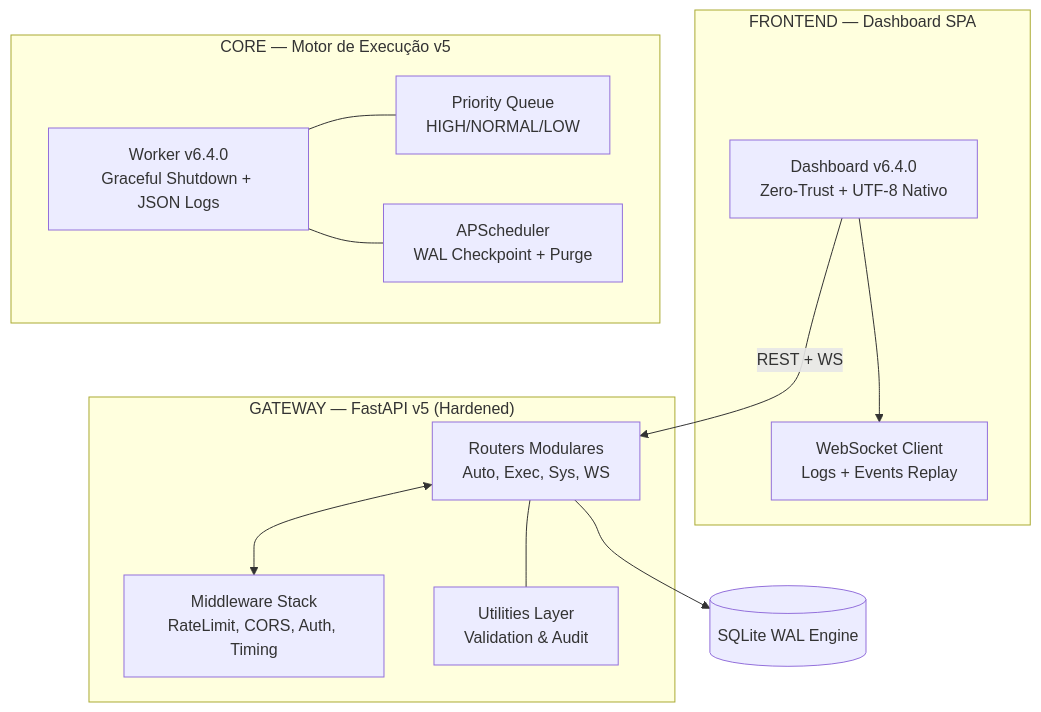
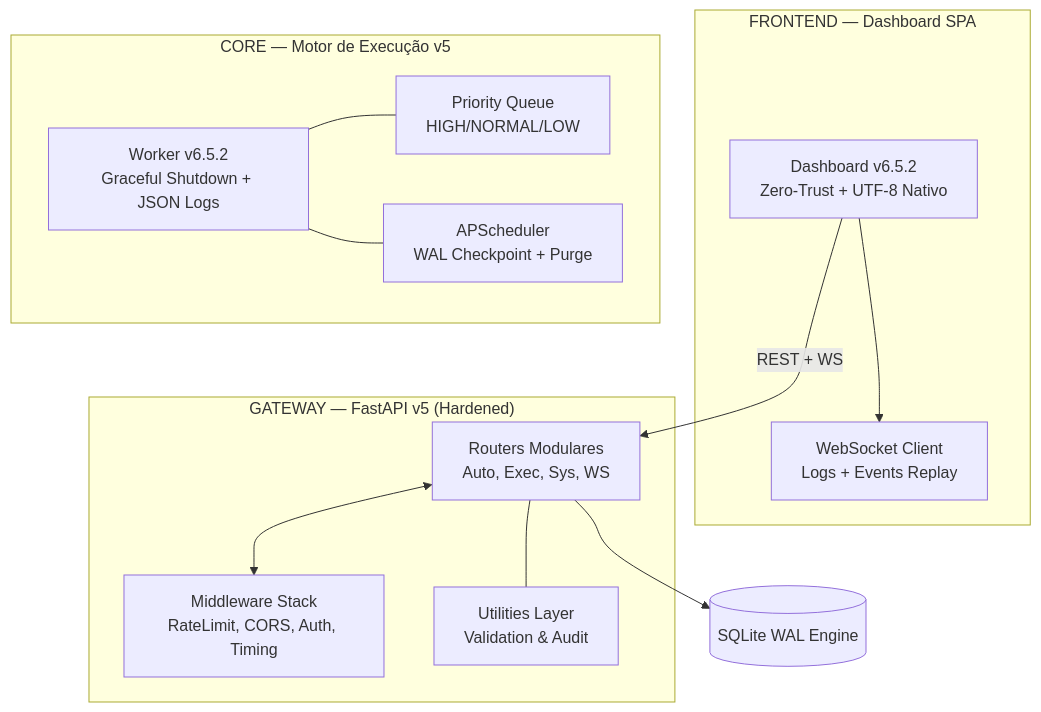
One commit to GabrielDiasNN/Automacoes-CR changed the diagram in README.md. Above: the diagram before and after it, drawn with Mermaid. The commit also changed other lines of this file and 19 other files, not shown here.

````diff
--- a/README.md
+++ b/README.md
@@ -7,27 +7,27 @@
 ```mermaid
 graph TD
     subgraph "FRONTEND — Dashboard SPA"
-        UI["Dashboard v6.4.0<br/>Zero-Trust + UTF-8 Nativo"]
+        UI["Dashboard v6.5.2<br/>Zero-Trust + UTF-8 Nativo"]
         WS_CLIENT["WebSocket Client<br/>Logs + Events Replay"]
         UI --> WS_CLIENT
     end
 
     subgraph "GATEWAY — FastAPI v5 (Hardened)"
         ROUTERS["Routers Modulares<br/>Auto, Exec, Sys, WS"]
         MIDDLEWARE["Middleware Stack<br/>RateLimit, CORS, Auth, Timing"]
         UTILS["Utilities Layer<br/>Validation & Audit"]
         ROUTERS <--> MIDDLEWARE
         ROUTERS --- UTILS
     end
 
     subgraph "CORE — Motor de Execução v5"
-        WORKER["Worker v6.4.0<br/>Graceful Shutdown + JSON Logs"]
+        WORKER["Worker v6.5.2<br/>Graceful Shutdown + JSON Logs"]
         PRIORITY["Priority Queue<br/>HIGH/NORMAL/LOW"]
         SCHEDULER["APScheduler<br/>WAL Checkpoint + Purge"]
         WORKER --- PRIORITY
         WORKER --- SCHEDULER
     end
 
     UI -->|REST + WS| ROUTERS
     ROUTERS --> DB[(SQLite WAL Engine)]
 ```
````
